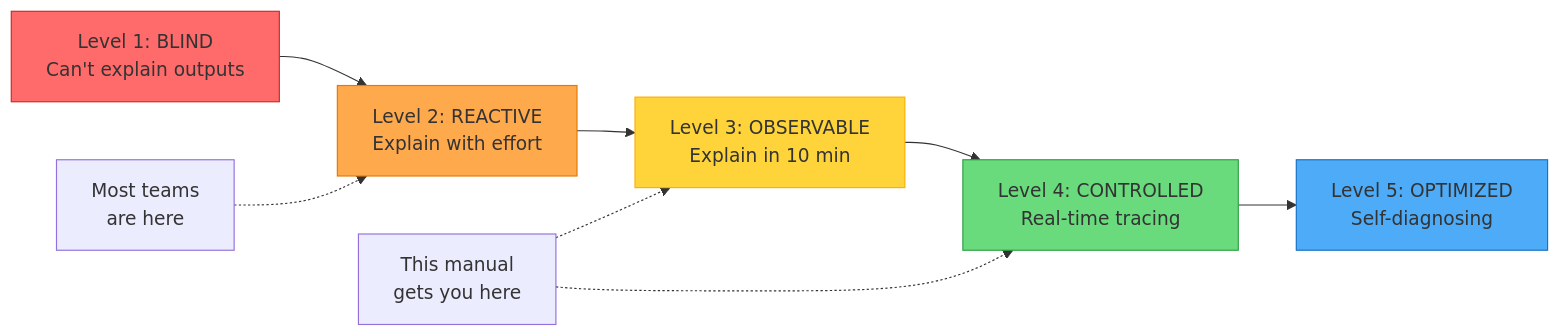
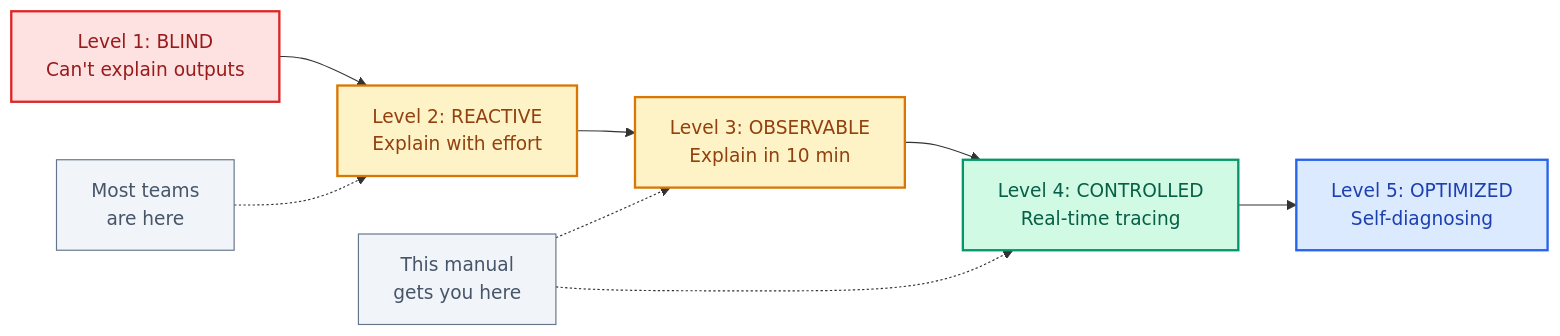
Before and after one commit to whoisrade/agentic-field-manual: the first of 3 diagrams in README.md, drawn with Mermaid. The commit also changed other lines of this file and 18 other files, not shown here.

Commit message:
refine mermaid diagrams with enterprise color palette

````diff
--- a/README.md
+++ b/README.md
@@ -237,20 +237,22 @@
 ```mermaid
 flowchart LR
     L1["Level 1: BLIND<br/>Can't explain outputs"]
     L2["Level 2: REACTIVE<br/>Explain with effort"]
     L3["Level 3: OBSERVABLE<br/>Explain in 10 min"]
     L4["Level 4: CONTROLLED<br/>Real-time tracing"]
     L5["Level 5: OPTIMIZED<br/>Self-diagnosing"]
     
     L1 --> L2 --> L3 --> L4 --> L5
     
     Most["Most teams<br/>are here"] -.-> L2
     Goal["This manual<br/>gets you here"] -.-> L3
     Goal -.-> L4
     
-    style L1 fill:#ff6b6b,stroke:#c92a2a
-    style L2 fill:#ffa94d,stroke:#e67700
-    style L3 fill:#ffd43b,stroke:#fab005
-    style L4 fill:#69db7c,stroke:#2f9e44
-    style L5 fill:#4dabf7,stroke:#1971c2
+    style L1 fill:#fee2e2,stroke:#dc2626,stroke-width:2px,color:#991b1b
+    style L2 fill:#fef3c7,stroke:#d97706,stroke-width:2px,color:#92400e
+    style L3 fill:#fef3c7,stroke:#d97706,stroke-width:2px,color:#92400e
+    style L4 fill:#d1fae5,stroke:#059669,stroke-width:2px,color:#065f46
+    style L5 fill:#dbeafe,stroke:#2563eb,stroke-width:2px,color:#1e40af
+    style Most fill:#f1f5f9,stroke:#64748b,stroke-width:1px,color:#475569
+    style Goal fill:#f1f5f9,stroke:#64748b,stroke-width:1px,color:#475569
 ```
````
